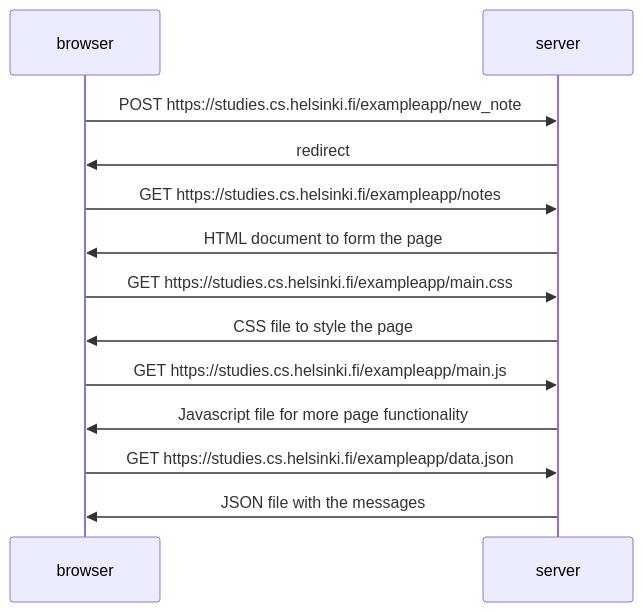
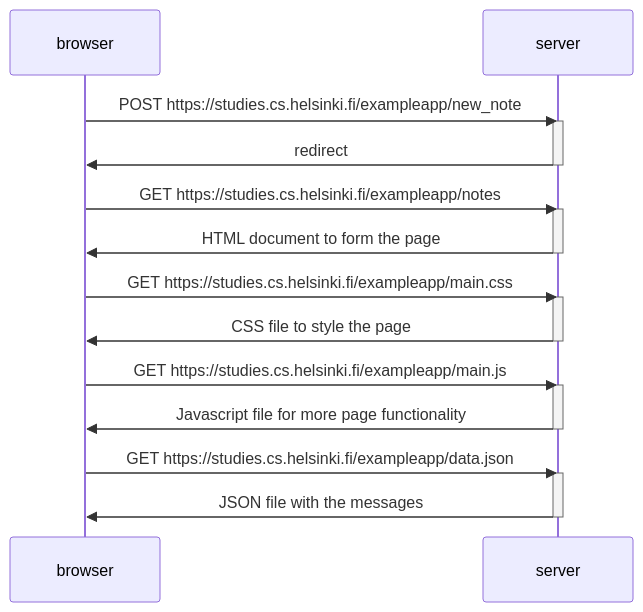
One commit to lizander789/fullstack_palautukset changed the diagram in osa0/README.md. Above: the diagram before and after it, drawn with Mermaid.

Commit message:
0.4 hienosäätöä

````diff
--- a/osa0/README.md
+++ b/osa0/README.md
@@ -4,20 +4,30 @@
 ```mermaid
   sequenceDiagram
     participant browser
     participant server
     
     browser->>server: POST https://studies.cs.helsinki.fi/exampleapp/new_note
+    activate server
     server->>browser: redirect
+    deactivate server
 
     browser->>server: GET https://studies.cs.helsinki.fi/exampleapp/notes
+    activate server
     server->>browser: HTML document to form the page
+    deactivate server
 
     browser->>server: GET https://studies.cs.helsinki.fi/exampleapp/main.css
+    activate server
     server->>browser: CSS file to style the page
+    deactivate server
 
     browser->>server: GET https://studies.cs.helsinki.fi/exampleapp/main.js
+    activate server
     server->>browser: Javascript file for more page functionality
+    deactivate server
 
     browser->>server: GET https://studies.cs.helsinki.fi/exampleapp/data.json
+    activate server
     server->>browser: JSON file with the messages
+    deactivate server
 ```
````
